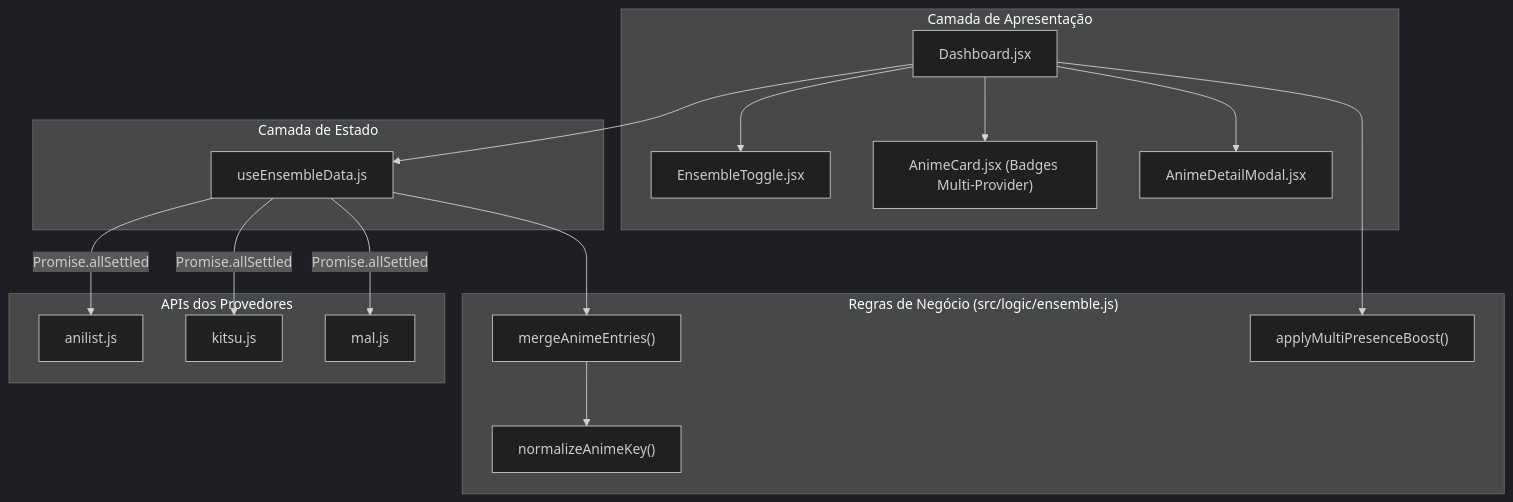
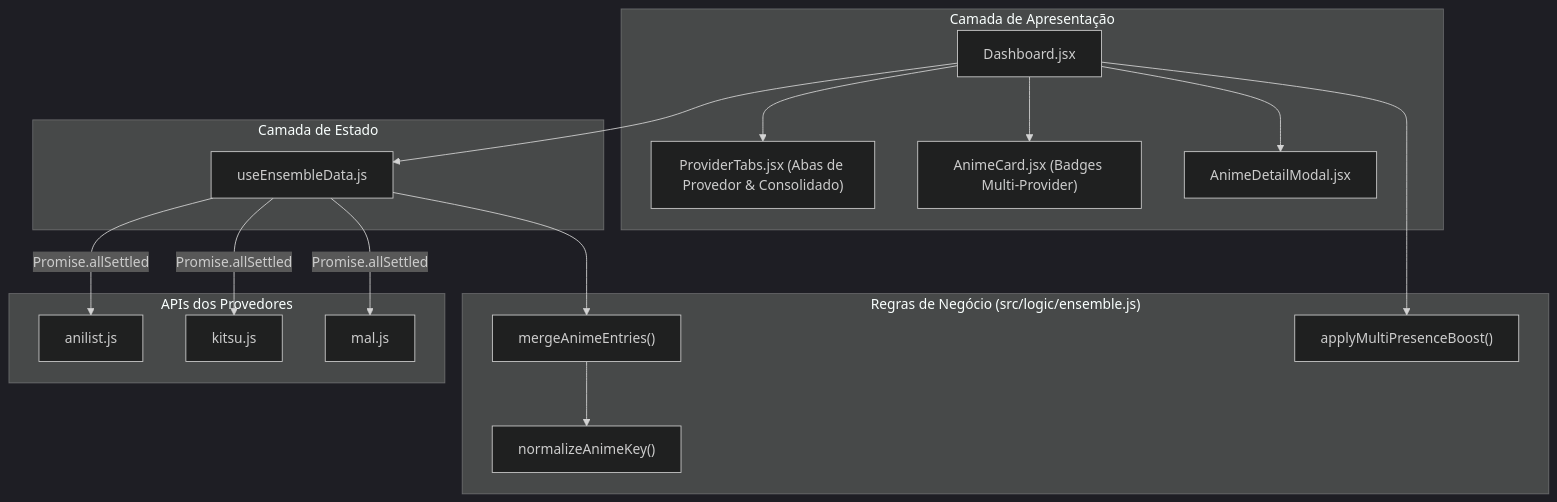
Before and after one commit to wagnergsantos/animatch: the diagram in docs/superpowers/specs/2026-10-13-b7-ensemble-recommender-design.md, drawn with Mermaid (dark theme). The commit also changed other lines of this file, not shown here.

Commit message:
docs(spec): update B7 design to use ProviderTabs navigation

````diff
--- a/docs/superpowers/specs/2026-10-13-b7-ensemble-recommender-design.md
+++ b/docs/superpowers/specs/2026-10-13-b7-ensemble-recommender-design.md
@@ -25,38 +27,38 @@
 ```mermaid
 flowchart TD
     subgraph UI ["Camada de Apresentação"]
         DASH["Dashboard.jsx"]
-        TOGGLE["EnsembleToggle.jsx"]
+        PTABS["ProviderTabs.jsx (Abas de Provedor & Consolidado)"]
         CARDS["AnimeCard.jsx (Badges Multi-Provider)"]
         MODAL["AnimeDetailModal.jsx"]
     end
 
     subgraph StateHook ["Camada de Estado"]
         HOOK["useEnsembleData.js"]
     end
 
     subgraph CoreLogic ["Regras de Negócio (src/logic/ensemble.js)"]
         NORM["normalizeAnimeKey()"]
         MERGE["mergeAnimeEntries()"]
         BOOST["applyMultiPresenceBoost()"]
     end
 
     subgraph APIs ["APIs dos Provedores"]
         AL["anilist.js"]
         KT["kitsu.js"]
         MAL["mal.js"]
     end
 
-    DASH --> TOGGLE
+    DASH --> PTABS
     DASH --> CARDS
     DASH --> MODAL
     DASH --> HOOK
 
     HOOK -->|Promise.allSettled| AL
     HOOK -->|Promise.allSettled| KT
     HOOK -->|Promise.allSettled| MAL
 
     HOOK --> MERGE
     MERGE --> NORM
     DASH --> BOOST
 ```
````
